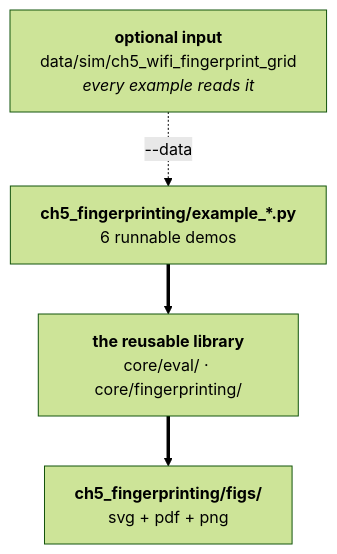
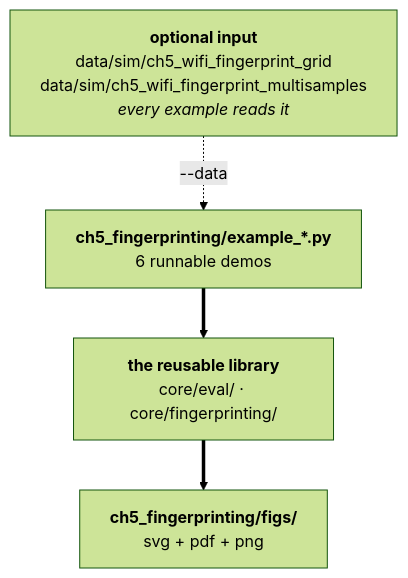
One commit to IPNL-POLYU/IPIN-Examples changed the diagram in ch5_fingerprinting/README.md. Above: the diagram before and after it, drawn with Mermaid (forest theme). The commit also changed other lines of this file and 51 other files, not shown here.

````diff
--- a/ch5_fingerprinting/README.md
+++ b/ch5_fingerprinting/README.md
@@ -495,10 +527,10 @@
 ```mermaid
 flowchart TB
-    D["<b>optional input</b><br/>data/sim/ch5_wifi_fingerprint_grid<br/><i>every example reads it</i>"]
+    D["<b>optional input</b><br/>data/sim/ch5_wifi_fingerprint_grid<br/>data/sim/ch5_wifi_fingerprint_multisamples<br/><i>every example reads it</i>"]
     E["<b>ch5_fingerprinting/example_*.py</b><br/>6 runnable demos"]
     C["<b>the reusable library</b><br/>core/eval/ · core/fingerprinting/"]
     F["<b>ch5_fingerprinting/figs/</b><br/>svg + pdf + png"]
     D -. "--data" .-> E
     E ==> C
     C ==> F
 ```
````
